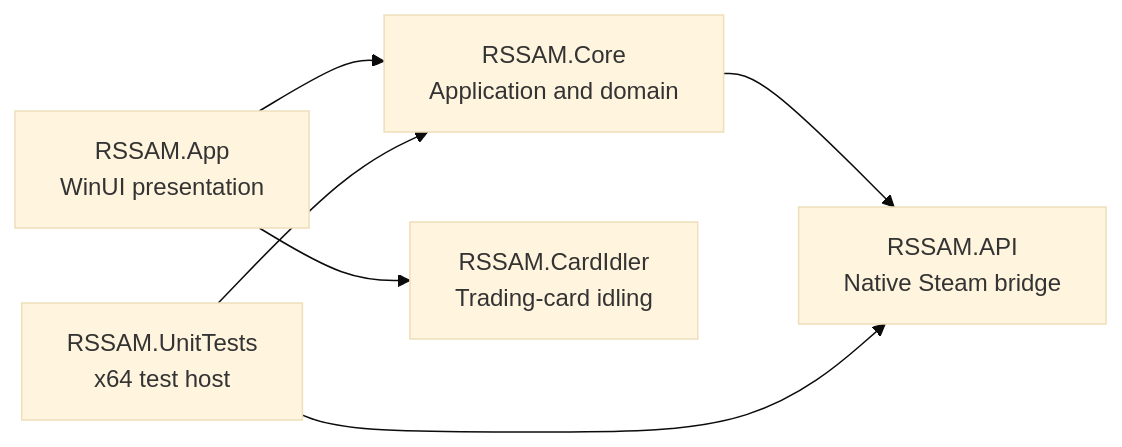
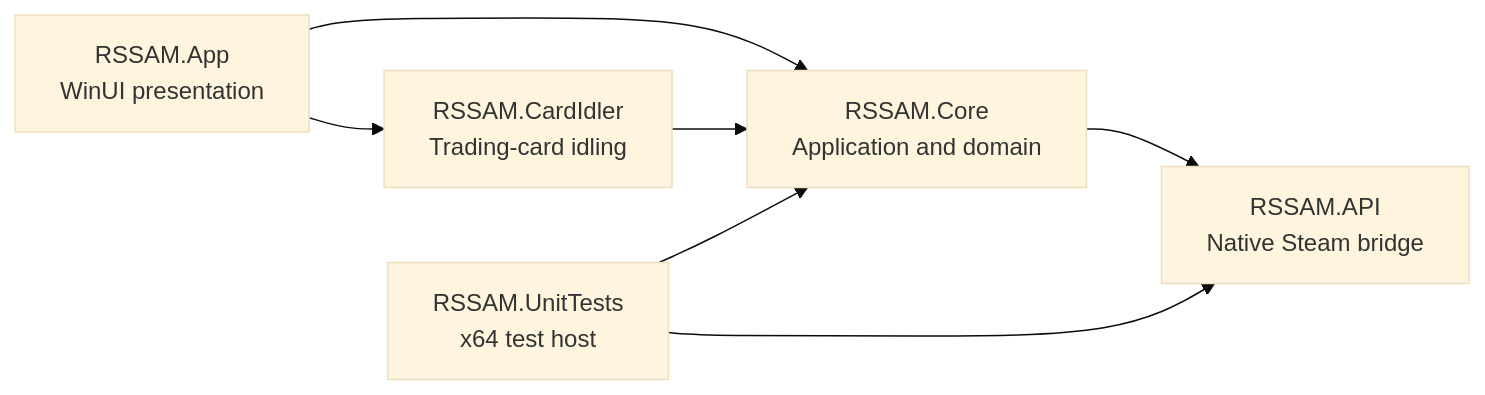
One commit to riggi89/RSSAM changed the diagram in docs/development/ARCHITECTURE.md. Above: the diagram before and after it, drawn with Mermaid (base theme). The commit also changed other lines of this file and 29 other files, not shown here.

````diff
--- a/docs/development/ARCHITECTURE.md
+++ b/docs/development/ARCHITECTURE.md
@@ -5,8 +5,9 @@
 ```mermaid
 flowchart LR
     App["RSSAM.App<br>WinUI presentation"] --> Core["RSSAM.Core<br>Application and domain"]
     App --> Idler["RSSAM.CardIdler<br>Trading-card idling"]
+    Idler --> Core
     Core --> API["RSSAM.API<br>Native Steam bridge"]
     Tests["RSSAM.UnitTests<br>x64 test host"] --> Core
     Tests --> API
 ```
````
